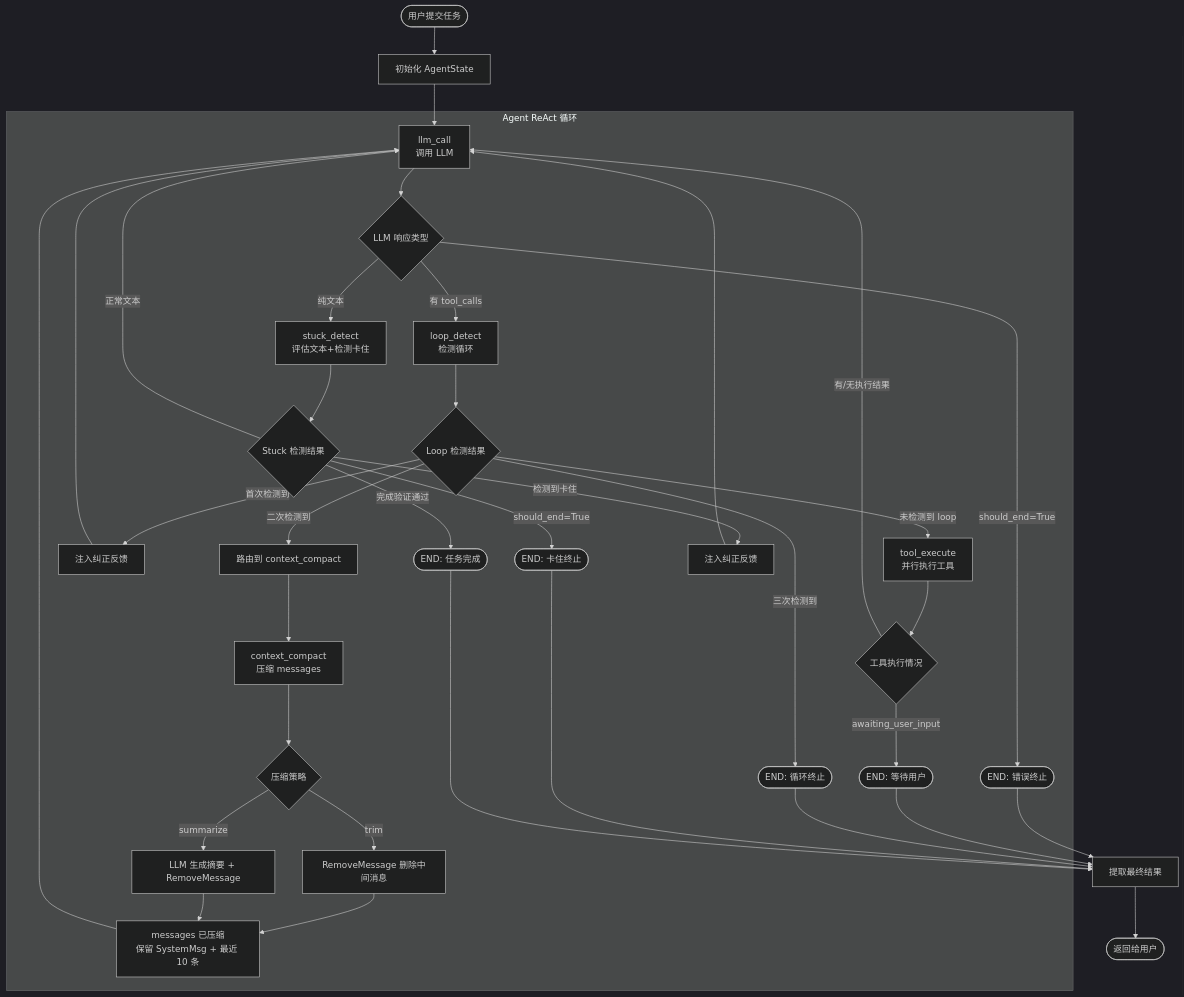
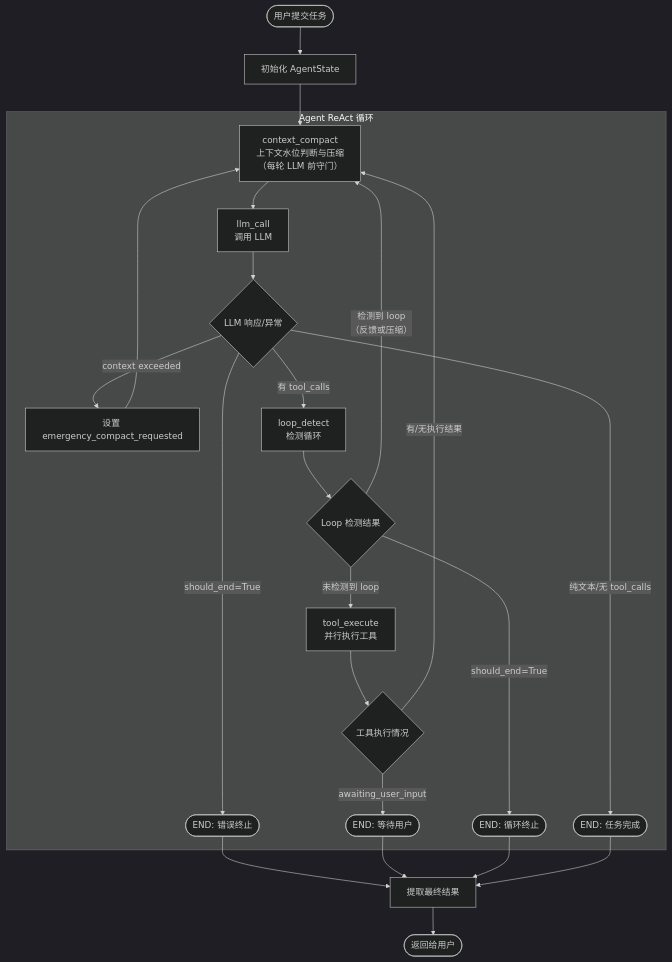
Before and after one commit to solarest/yanyun-agent: the first of 6 diagrams in design/1.3_agent-loop-design.md, drawn with Mermaid (dark theme). The commit also changed other lines of this file and 23 other files, not shown here.

````diff
--- a/design/1.3_agent-loop-design.md
+++ b/design/1.3_agent-loop-design.md
@@ -60,51 +66,34 @@
 ```mermaid
 flowchart TD
     Start([用户提交任务]) --> InitState[初始化 AgentState]
-    InitState --> llm_call
+    InitState --> context_compact
     
     subgraph AgentLoop["Agent ReAct 循环"]
-        llm_call["llm_call\n调用 LLM"] --> CheckLLM{LLM 响应类型}
+        context_compact["context_compact\n上下文水位判断与压缩\n（每轮 LLM 前守门）"]
+        context_compact --> llm_call["llm_call\n调用 LLM"]
         
+        llm_call --> CheckLLM{LLM 响应/异常}
+        CheckLLM -->|context exceeded| EmergencyRoute[设置 emergency_compact_requested]
         CheckLLM -->|should_end=True| End1([END: 错误终止])
         CheckLLM -->|有 tool_calls| loop_detect["loop_detect\n检测循环"]
-        CheckLLM -->|纯文本| stuck_detect["stuck_detect\n评估文本+检测卡住"]
+        CheckLLM -->|纯文本/无 tool_calls| End5([END: 任务完成])
         
         loop_detect --> CheckLoop{Loop 检测结果}
         CheckLoop -->|未检测到 loop| tool_execute["tool_execute\n并行执行工具"]
-        CheckLoop -->|首次检测到| InjectLoopFB[注入纠正反馈]
-        CheckLoop -->|二次检测到| CompactRoute[路由到 context_compact]
-        CheckLoop -->|三次检测到| End3([END: 循环终止])
+        CheckLoop -->|检测到 loop<br/>（反馈或压缩）| context_compact
+        CheckLoop -->|should_end=True| End3([END: 循环终止])
         
-        InjectLoopFB --> llm_call
-        
-        CompactRoute --> context_compact["context_compact\n压缩 messages"]
-        context_compact --> CompactStrategy{压缩策略}
-        CompactStrategy -->|trim| TrimOp[RemoveMessage 删除中间消息]
-        CompactStrategy -->|summarize| SummarizeOp[LLM 生成摘要 + RemoveMessage]
-        
-        TrimOp --> CompressDone[messages 已压缩\n保留 SystemMsg + 最近 10 条]
-        SummarizeOp --> CompressDone
-        
-        CompressDone --> llm_call
+        EmergencyRoute --> context_compact
         
         tool_execute --> CheckTool{工具执行情况}
         CheckTool -->|awaiting_user_input| End2([END: 等待用户])
-        CheckTool -->|有/无执行结果| llm_call
-        
-        stuck_detect --> CheckStuck{Stuck 检测结果}
-        CheckStuck -->|should_end=True| End4([END: 卡住终止])
-        CheckStuck -->|完成验证通过| End5([END: 任务完成])
-        CheckStuck -->|检测到卡住| InjectStuckFB[注入纠正反馈]
-        CheckStuck -->|正常文本| llm_call
-        
-        InjectStuckFB --> llm_call
+        CheckTool -->|有/无执行结果| context_compact
     end
     
     End1 --> FinalResult[提取最终结果]
     End2 --> FinalResult
     End3 --> FinalResult
-    End4 --> FinalResult
     End5 --> FinalResult
     
     FinalResult --> EndAll([返回给用户])
 ```
````
